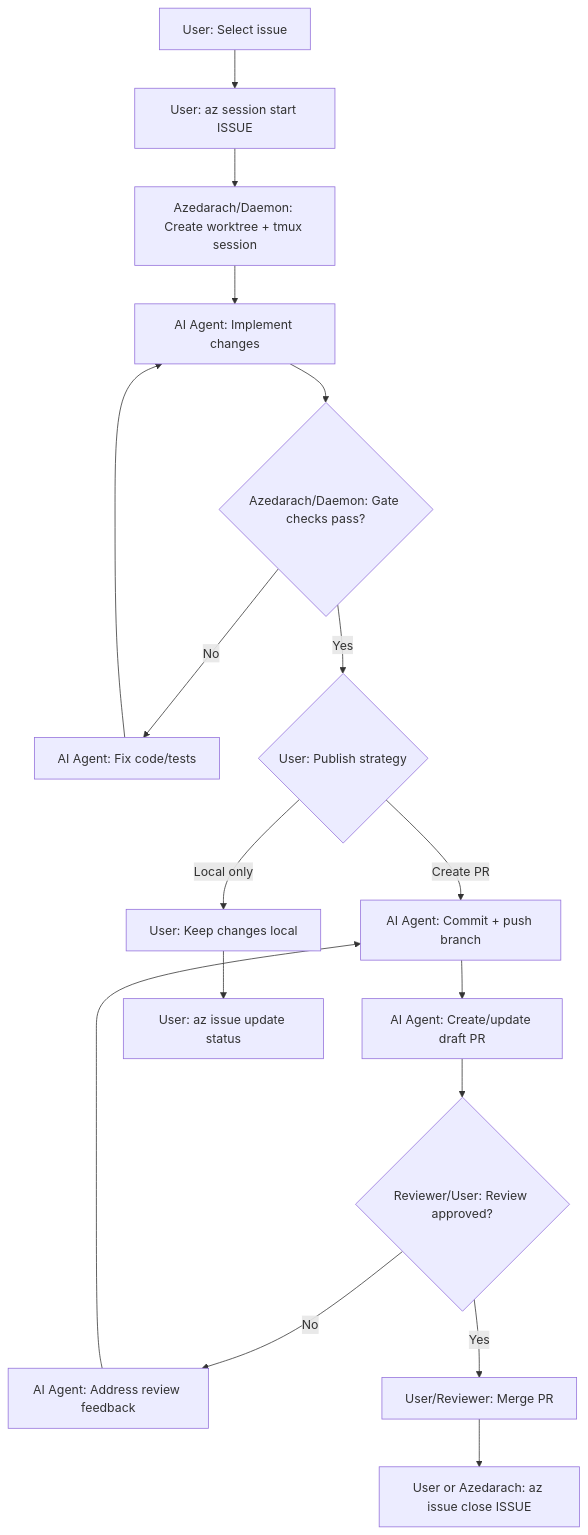
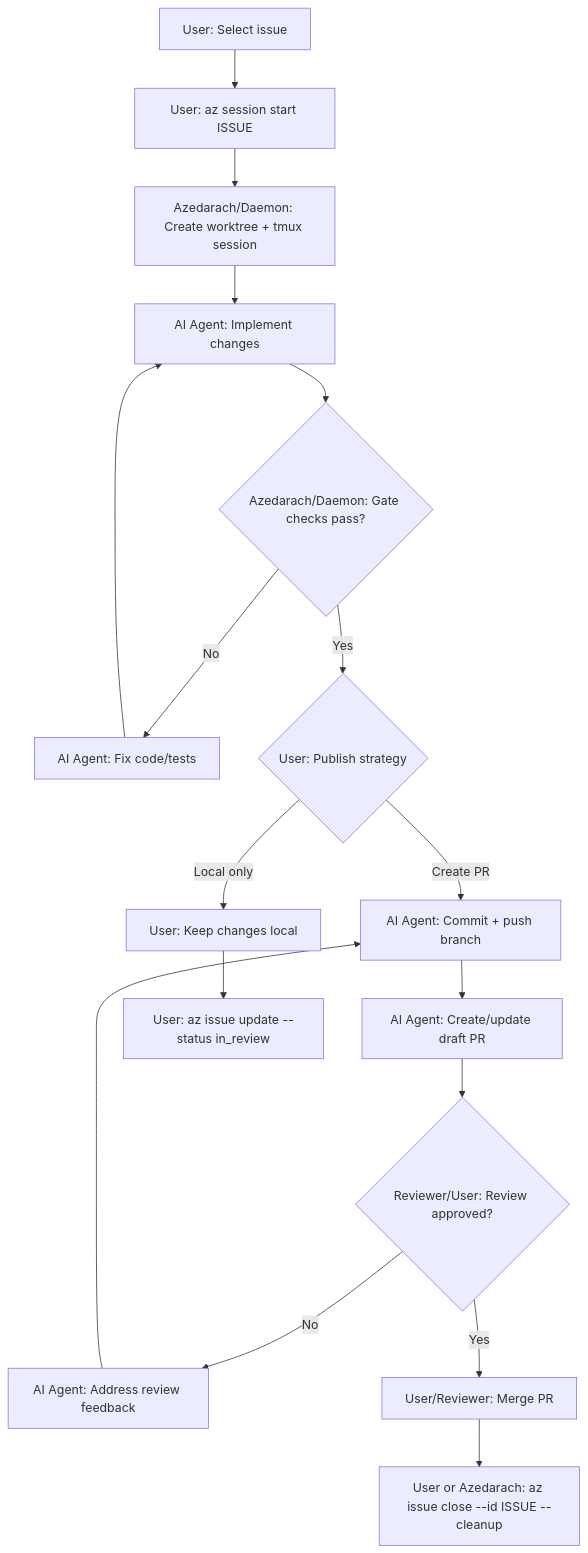
Before and after one commit to riordanpawley/azedarach: the third of 6 diagrams in README.md, drawn with Mermaid. The commit also changed other lines of this file and 21 other files, not shown here.

Commit message:
ckq: make close cleanup mandatory

````diff
--- a/README.md
+++ b/README.md
@@ -148,19 +148,19 @@
 ```mermaid
 flowchart TD
   A[User: Select issue] --> B[User: az session start ISSUE]
   B --> C[Azedarach/Daemon: Create worktree + tmux session]
   C --> D[AI Agent: Implement changes]
   D --> E{Azedarach/Daemon: Gate checks pass?}
   E -->|No| F[AI Agent: Fix code/tests]
   F --> D
   E -->|Yes| G{User: Publish strategy}
   G -->|Create PR| H[AI Agent: Commit + push branch]
   H --> I[AI Agent: Create/update draft PR]
   I --> J{Reviewer/User: Review approved?}
   J -->|No| K[AI Agent: Address review feedback]
   K --> H
   J -->|Yes| L[User/Reviewer: Merge PR]
-  L --> M[User or Azedarach: az issue close ISSUE]
+  L --> M[User or Azedarach: az issue close --id ISSUE --cleanup]
   G -->|Local only| N[User: Keep changes local]
-  N --> O[User: az issue update status]
+  N --> O[User: az issue update --status in_review]
 ```
````
